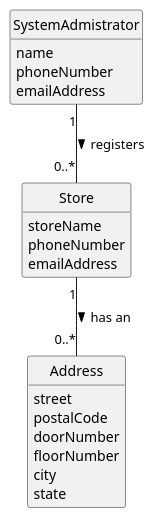
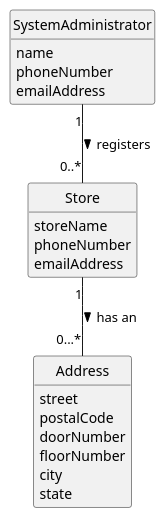
The diagram in docs/sprintA/us005/02.analysis/puml/us005-domain-model.puml (1220812/LAPR2), drawn with PlantUML before and after one commit. The commit also changed 2 other files, not shown here.

```diff
--- a/docs/sprintA/us005/02.analysis/puml/us005-domain-model.puml
+++ b/docs/sprintA/us005/02.analysis/puml/us005-domain-model.puml
@@ -1,38 +1,38 @@
 @startuml
 skinparam monochrome true
 skinparam packageStyle rectangle
 skinparam shadowing false
 
 'left to right direction
 
 skinparam classAttributeIconSize 0
 
 hide circle
 hide methods
 
 class Store {
     storeName
     phoneNumber
     emailAddress
 }
 
-class SystemAdmistrator {
+class SystemAdministrator {
     name
     phoneNumber
     emailAddress
 }
 
 class Address {
     street
     postalCode
     doorNumber
     floorNumber
     city
     state
 }
 
-SystemAdmistrator "1" -- "0..*" Store : registers >
-Store "1" -- "0..*" Address : has an >
+SystemAdministrator "1" -- "0..*" Store : registers >
+Store "1" -- "0...*" Address : has an >
 
 
 @enduml
```
